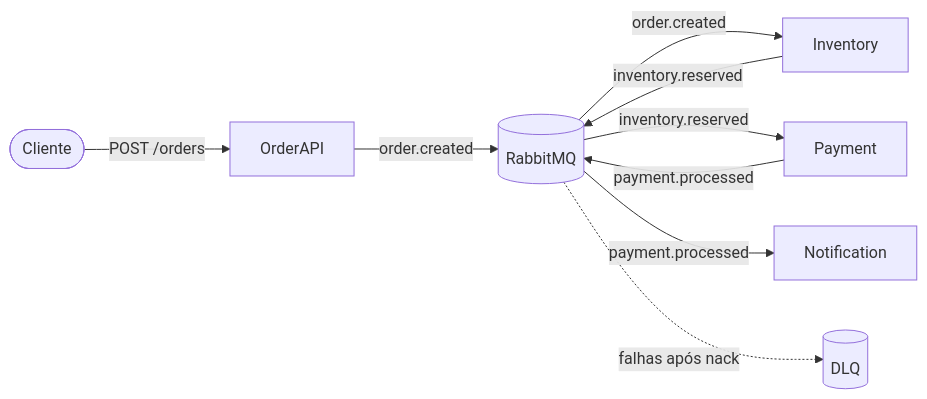
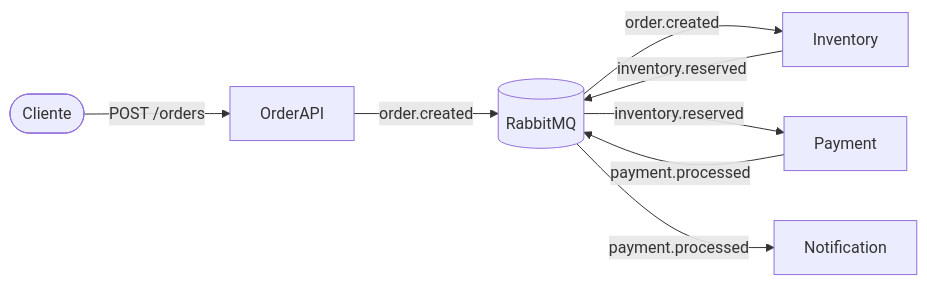
One commit to maicoqb/estudo-de-caso-arquiteturas-eda changed the diagram in docs/fire-and-forget/architecture.md. Above: the diagram before and after it, drawn with Mermaid. The commit also changed other lines of this file and 2 other files, not shown here.

````diff
--- a/docs/fire-and-forget/architecture.md
+++ b/docs/fire-and-forget/architecture.md
@@ -7,12 +7,10 @@
 ```mermaid
 graph LR
     Client([Cliente]) -->|POST /orders| OrderAPI
     OrderAPI -->|order.created| RabbitMQ[(RabbitMQ)]
     RabbitMQ -->|order.created| Inventory
     Inventory -->|inventory.reserved| RabbitMQ
     RabbitMQ -->|inventory.reserved| Payment
     Payment -->|payment.processed| RabbitMQ
     RabbitMQ -->|payment.processed| Notification
-
-    RabbitMQ -.->|falhas após nack| DLQ[(DLQ)]
 ```
````
